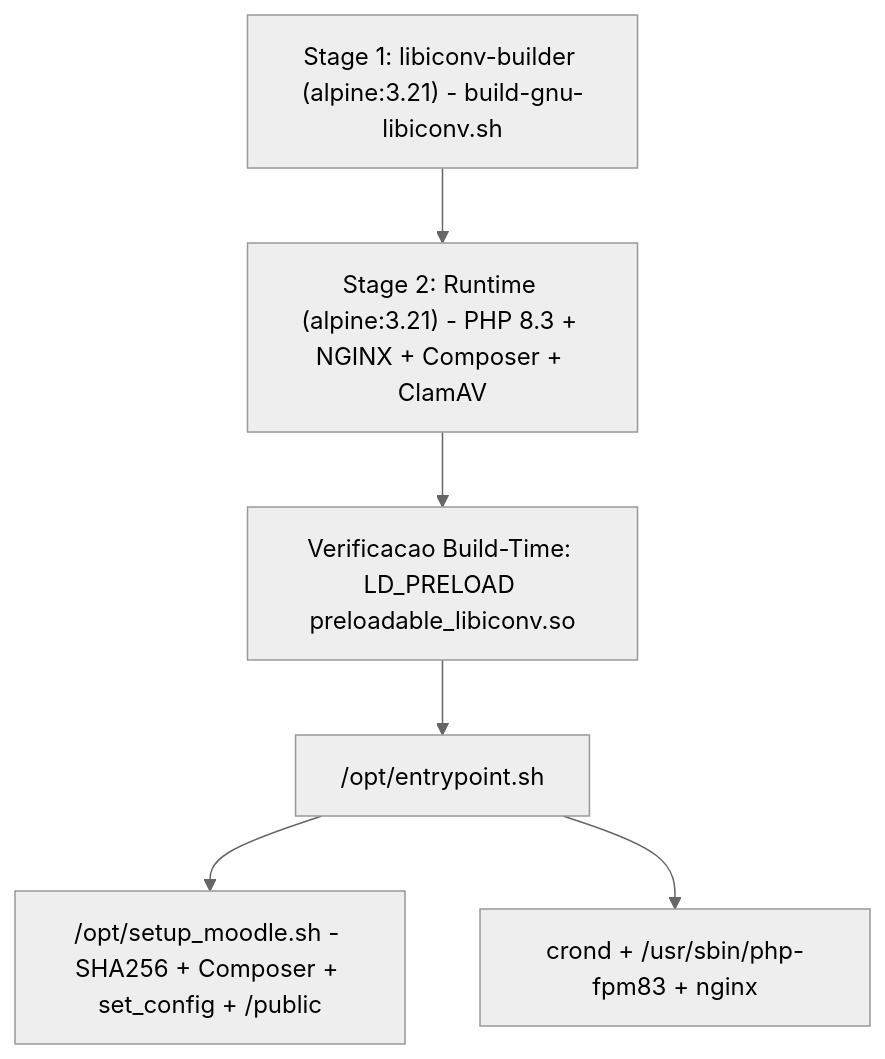
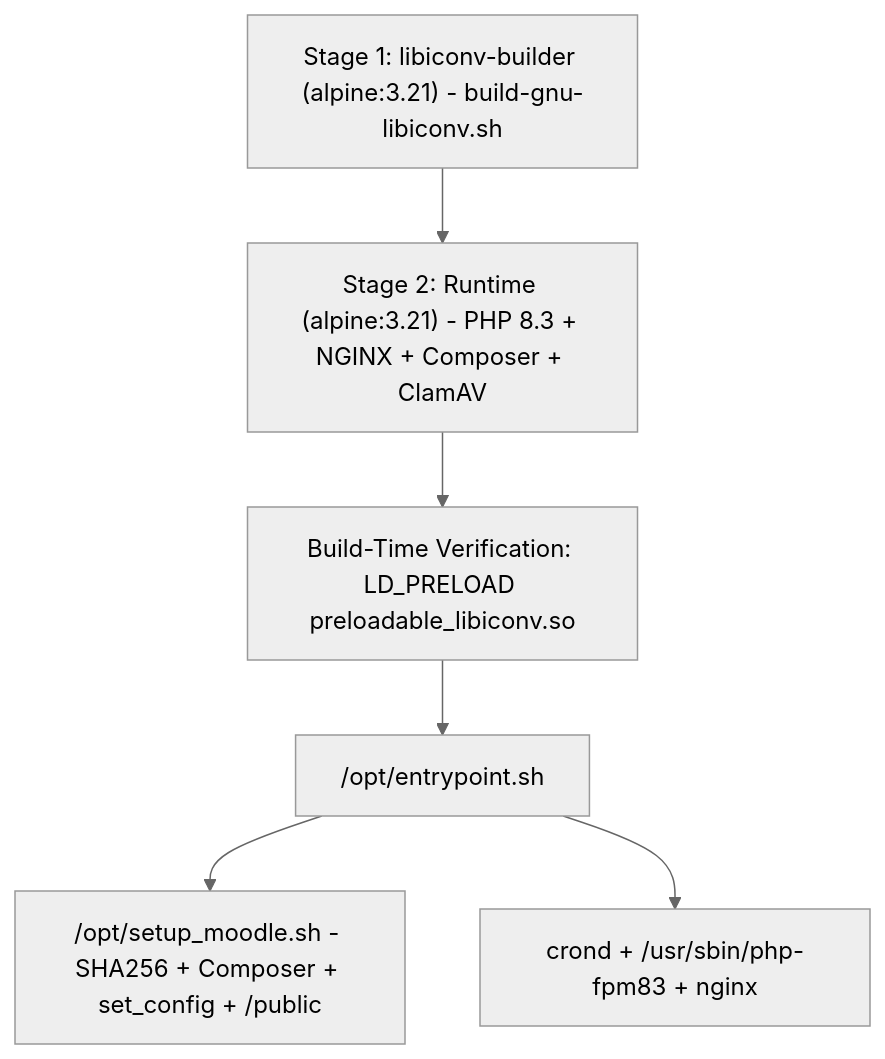
The diagram in openwiki/runtime/container-image-moodle52-php83.md (google/moodle-on-gcp), drawn with Mermaid (neutral theme) before and after one commit. The commit also changed other lines of this file and 42 other files, not shown here.

````diff
--- a/openwiki/runtime/container-image-moodle52-php83.md
+++ b/openwiki/runtime/container-image-moodle52-php83.md
@@ -27,8 +27,8 @@
 ```mermaid
 flowchart TD
     S1["Stage 1: libiconv-builder (alpine:3.21) - build-gnu-libiconv.sh"] --> S2["Stage 2: Runtime (alpine:3.21) - PHP 8.3 + NGINX + Composer + ClamAV"]
-    S2 --> Test["Verificacao Build-Time: LD_PRELOAD preloadable_libiconv.so"]
+    S2 --> Test["Build-Time Verification: LD_PRELOAD preloadable_libiconv.so"]
     Test --> Entry["/opt/entrypoint.sh"]
     Entry --> Setup["/opt/setup_moodle.sh - SHA256 + Composer + set_config + /public"]
     Entry --> Daemons["crond + /usr/sbin/php-fpm83 + nginx"]
 ```
````
